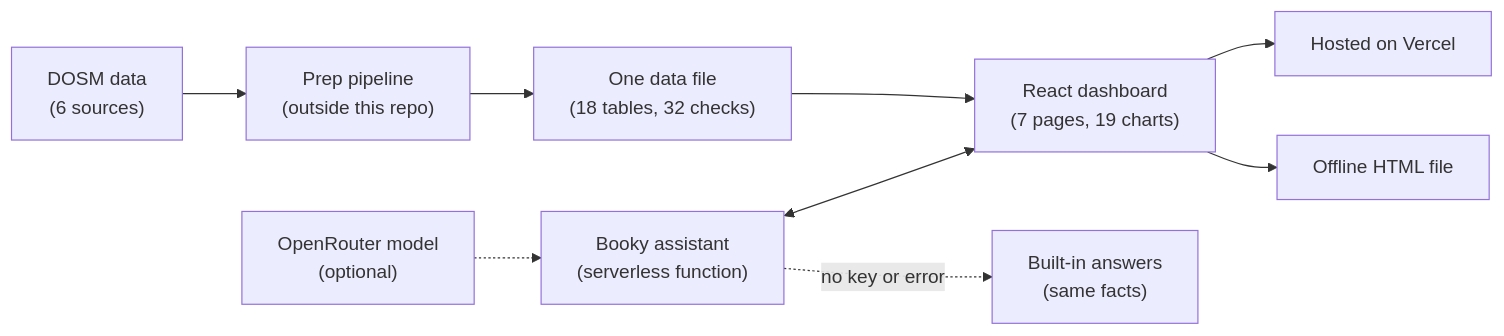
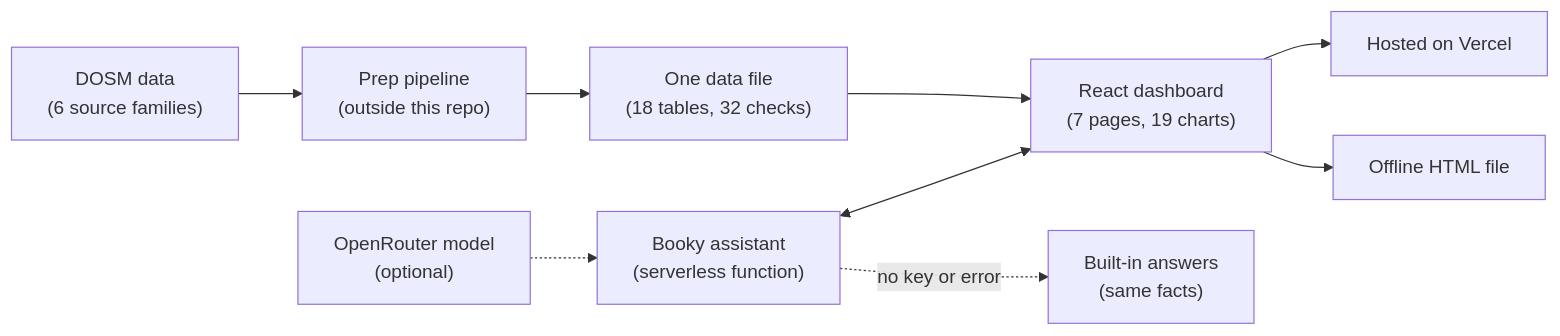
One commit to AriefRuer/vulneraMy changed the diagram in README.md. Above: the diagram before and after it, drawn with Mermaid. The commit also changed other lines of this file, not shown here.

````diff
--- a/README.md
+++ b/README.md
@@ -48,11 +51,11 @@
 ```mermaid
 flowchart LR
-  A["DOSM data<br/>(6 sources)"] --> B["Prep pipeline<br/>(outside this repo)"]
+  A["DOSM data<br/>(6 source families)"] --> B["Prep pipeline<br/>(outside this repo)"]
   B --> C["One data file<br/>(18 tables, 32 checks)"]
   C --> D["React dashboard<br/>(7 pages, 19 charts)"]
   D --> E["Hosted on Vercel"]
   D --> F["Offline HTML file"]
   G["Booky assistant<br/>(serverless function)"] <--> D
   H["OpenRouter model<br/>(optional)"] -.-> G
   G -.->|"no key or error"| I["Built-in answers<br/>(same facts)"]
 ```
````
